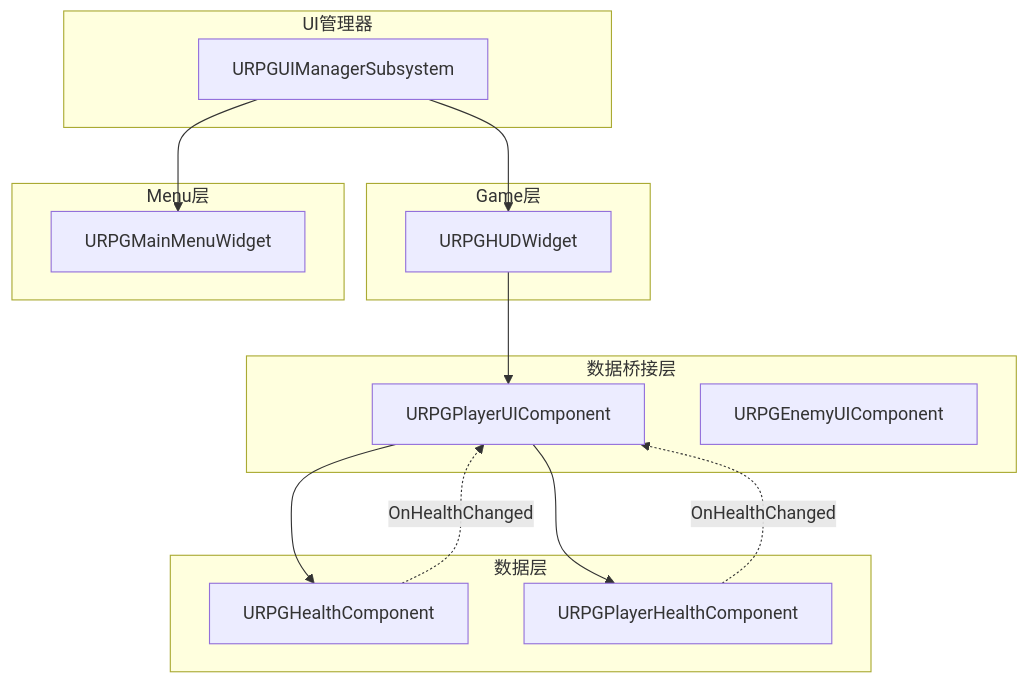
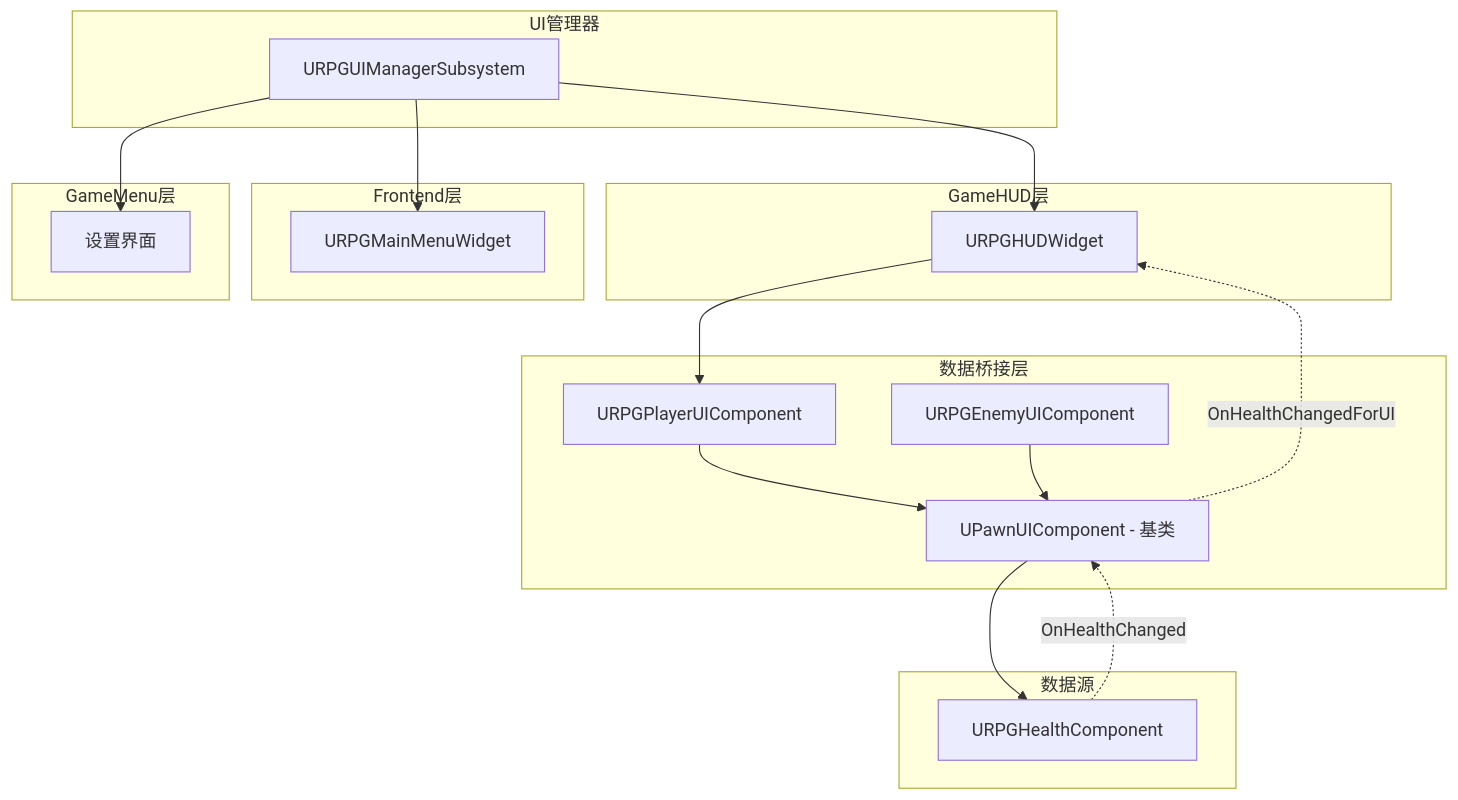
Before and after one commit to ARK31415/RPG: the seventh of 12 diagrams in Source/Docs/SummaryDesign.md, drawn with Mermaid. The commit also changed other lines of this file and 11 other files, not shown here.

````diff
--- a/Source/Docs/SummaryDesign.md
+++ b/Source/Docs/SummaryDesign.md
@@ -453,32 +422,38 @@
 ```mermaid
 graph TB
     subgraph UI管理器
         UIS[URPGUIManagerSubsystem]
     end
     
-    subgraph Game层
+    subgraph GameHUD层
         HUD[URPGHUDWidget]
     end
     
-    subgraph Menu层
+    subgraph Frontend层
         MM[URPGMainMenuWidget]
     end
     
+    subgraph GameMenu层
+        Settings[设置界面]
+    end
+    
     subgraph 数据桥接层
+        PUIBase[UPawnUIComponent - 基类]
         PUI[URPGPlayerUIComponent]
         EUI[URPGEnemyUIComponent]
     end
     
-    subgraph 数据层
+    subgraph 数据源
         HC[URPGHealthComponent]
-        PHC[URPGPlayerHealthComponent]
     end
     
     UIS --> HUD
     UIS --> MM
+    UIS --> Settings
     HUD --> PUI
-    PUI --> HC
-    PUI --> PHC
-    HC -.OnHealthChanged.-> PUI
-    PHC -.OnHealthChanged.-> PUI
+    PUI --> PUIBase
+    EUI --> PUIBase
+    PUIBase --> HC
+    HC -.OnHealthChanged.-> PUIBase
+    PUIBase -.OnHealthChangedForUI.-> HUD
 ```
````
